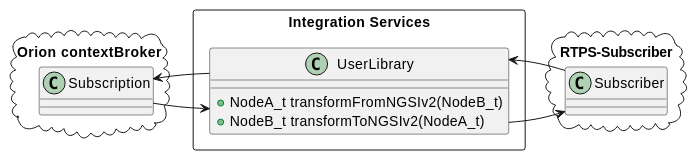
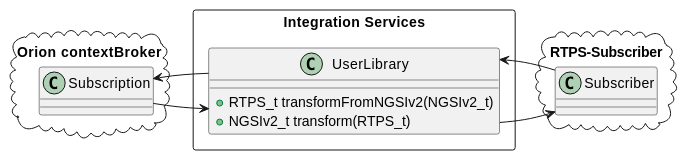
Before and after one commit to eProsima/FIROS2: the diagram in README.md, drawn with PlantUML. The commit also changed other lines of this file and 4 other files, not shown here.

````diff
--- a/README.md
+++ b/README.md
@@ -7,26 +7,26 @@
 ```plantuml
 @startuml
 
 package "Orion contextBroker" <<Cloud>> {
     class Subscription
 }
 
 package "Integration Services" <<Rectangle>> {
     class UserLibrary {
-        +NodeA_t transformFromNGSIv2(NodeB_t)
-        +NodeB_t transformToNGSIv2(NodeA_t)
+        +RTPS_t transformFromNGSIv2(NGSIv2_t)
+        +NGSIv2_t transform(RTPS_t)
     }
 }
 
 Subscription -right-> UserLibrary
 Subscription <-right- UserLibrary
 
 package "RTPS-Subscriber" <<Cloud>> {
     class Subscriber
 }
 
 UserLibrary -left-> Subscriber
 UserLibrary <-left- Subscriber
 
 @enduml
 ```
````
